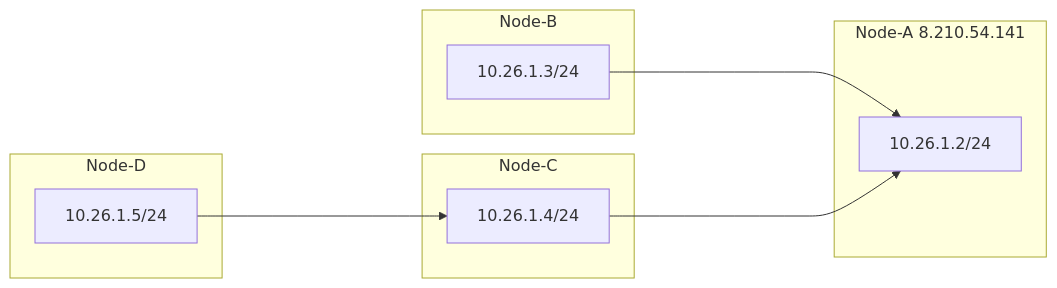
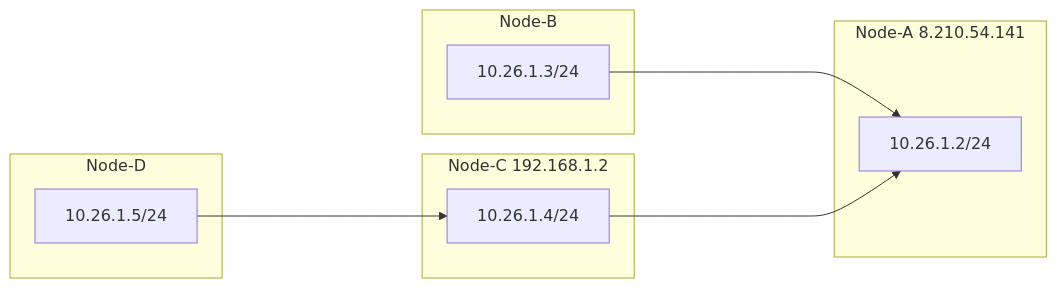
The second of 2 diagrams in README.md (rustp2p/NetLink), drawn with Mermaid before and after one commit. The commit also changed other lines of this file, not shown here.

````diff
--- a/README.md
+++ b/README.md
@@ -67,19 +67,19 @@
 ```mermaid
 flowchart LR
    subgraph Node-A 8.210.54.141
       node_a[10.26.1.2/24]
    end
    subgraph Node-B
       node_b[10.26.1.3/24]
    end
 
-   subgraph Node-C
+   subgraph Node-C 192.168.1.2
       node_c[10.26.1.4/24]
    end
    subgraph Node-D
       node_d[10.26.1.5/24]
    end
    node_b -----> node_a
    node_c -----> node_a
    node_d -----> node_c
 ```
````
